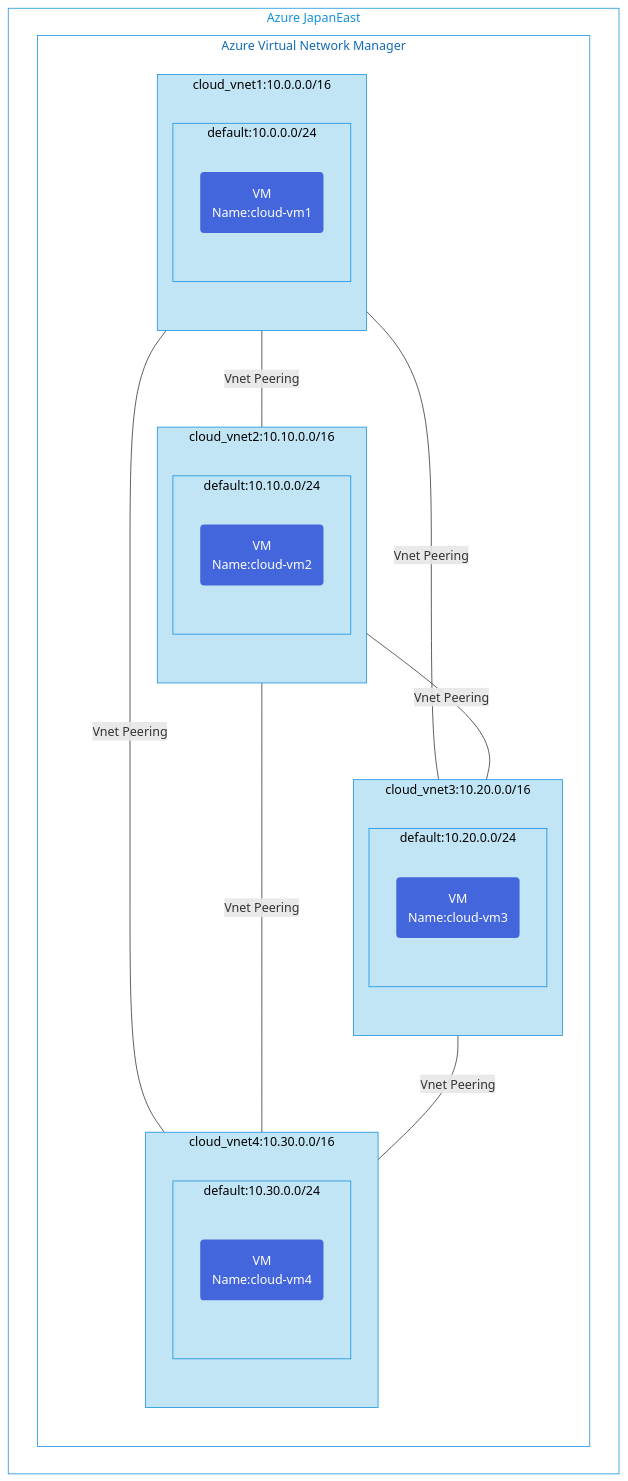
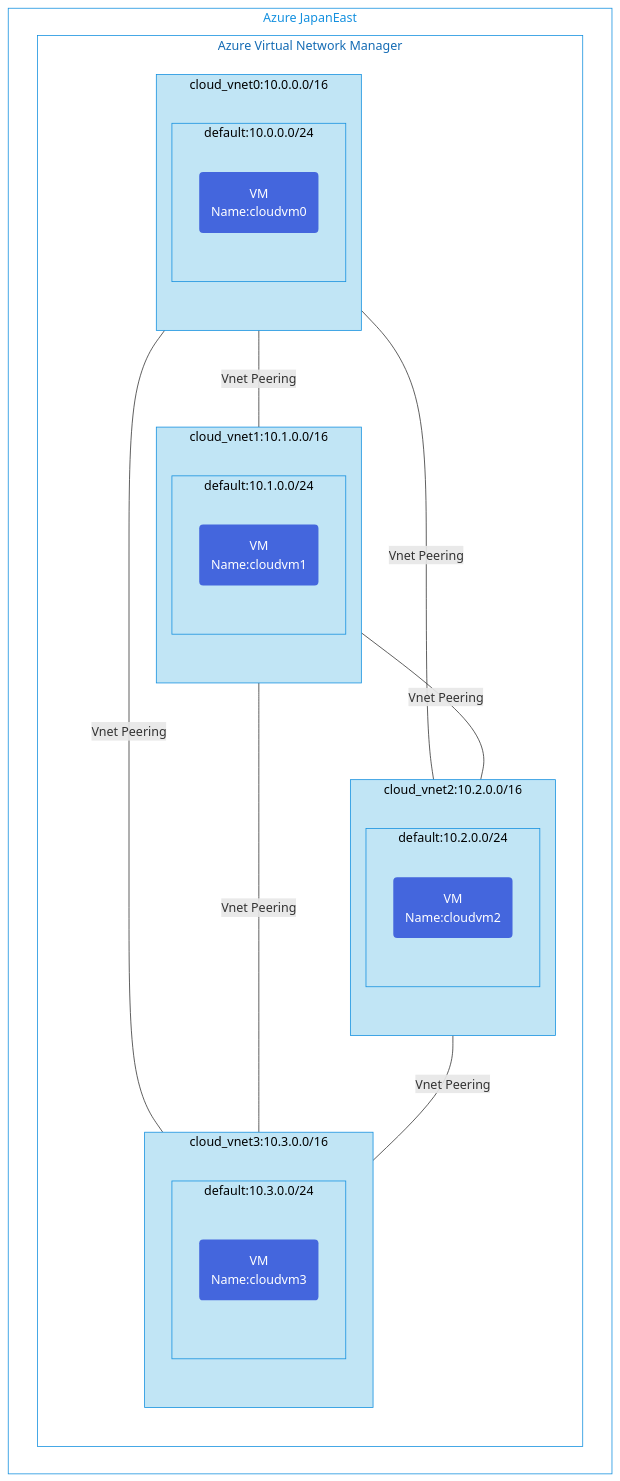
The diagram in avnm-mesh-topology/README.md (toizumi03/bicep-templates), drawn with Mermaid before and after one commit. The commit also changed other lines of this file, not shown here.

````diff
--- a/avnm-mesh-topology/README.md
+++ b/avnm-mesh-topology/README.md
@@ -3,54 +4,53 @@
 ```mermaid
 graph TB;
 %% Groups and Services
 subgraph GR1[Azure JapanEast]
   subgraph AVNM[Azure Virtual Network Manager]
-  subgraph GV1[cloud_vnet1:10.0.0.0/16]
+    subgraph GV1[cloud_vnet0:10.0.0.0/16]
       subgraph GVS1[default:10.0.0.0/24]
-        CP1("VM<br/>Name:cloud-vm1")
+        CP1("VM<br/>Name:cloudvm0")
       end
+    end
+    subgraph GV2[cloud_vnet1:10.1.0.0/16]
+      subgraph GVS3[default:10.1.0.0/24]
+        CP3("VM<br/>Name:cloudvm1")
+      end
+    end
+    subgraph GV3[cloud_vnet2:10.2.0.0/16]
+      subgraph GVS4[default:10.2.0.0/24]
+        CP4("VM<br/>Name:cloudvm2")
+      end
+    end
+    subgraph GV4[cloud_vnet3:10.3.0.0/16]
+      subgraph GVS5[default:10.3.0.0/24]
+        CP5("VM<br/>Name:cloudvm3")
+      end
+    end
   end
-  subgraph GV2[cloud_vnet2:10.10.0.0/16]
-      subgraph GVS3[default:10.10.0.0/24]
-        CP3("VM<br/>Name:cloud-vm2")
-      end
-end
-  subgraph GV3[cloud_vnet3:10.20.0.0/16]
-      subgraph GVS4[default:10.20.0.0/24]
-        CP4("VM<br/>Name:cloud-vm3")
-      end
-end
-  subgraph GV4[cloud_vnet4:10.30.0.0/16]
-      subgraph GVS5[default:10.30.0.0/24]
-        CP5("VM<br/>Name:cloud-vm4")
-      end
-end
-end
 end
 
 %% Relation for resources
 GV1 --Vnet Peering---GV2
 GV1 --Vnet Peering---GV3
 GV1 --Vnet Peering---GV4
 GV2 --Vnet Peering---GV3
 GV2 --Vnet Peering---GV4
 GV3 --Vnet Peering---GV4
 
 %% Groups style
 classDef GSR fill:#fff,color:#1490df,stroke:#1490df
 class GR1,GR2 GSR
 
 classDef GSAVNM fill:#fff,color:#146bb4,stroke:#1490df
 class AVNM GSAVNM
 
 classDef SGV1 fill:#c1e5f5,color:#000,stroke:#1490df
-class GV1,GV2,GV3,GV4,GC2,GVS1,GVS2,GVS3,GVS4,GVS5 SGV1
+class GV1,GV2,GV3,GV4,GVS1,GVS3,GVS4,GVS5 SGV1
  
 %% Service Style
 classDef SCP fill:#4466dd,color:#fff,stroke:none
-class CP1,CP2,CP3,CP4,CP5 SCP
+class CP1,CP3,CP4,CP5 SCP
 
 classDef SVPNGW fill:#57d1ed,color:#000,stroke:none
 class VPNGW1,VPNGW2 SVPNGW
-
 ```
````
